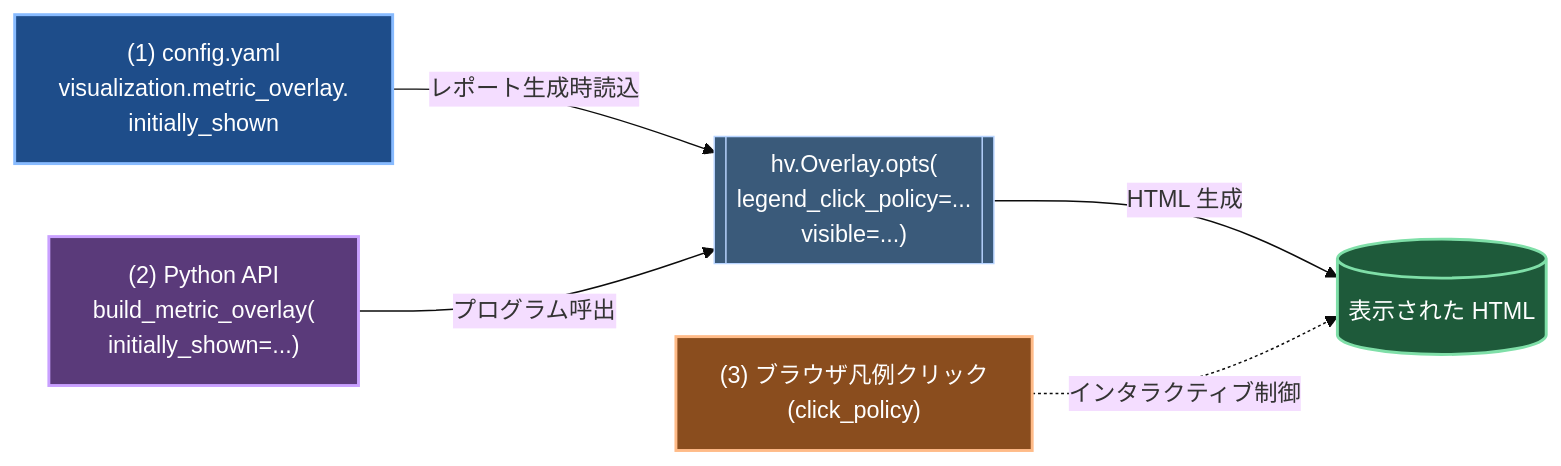
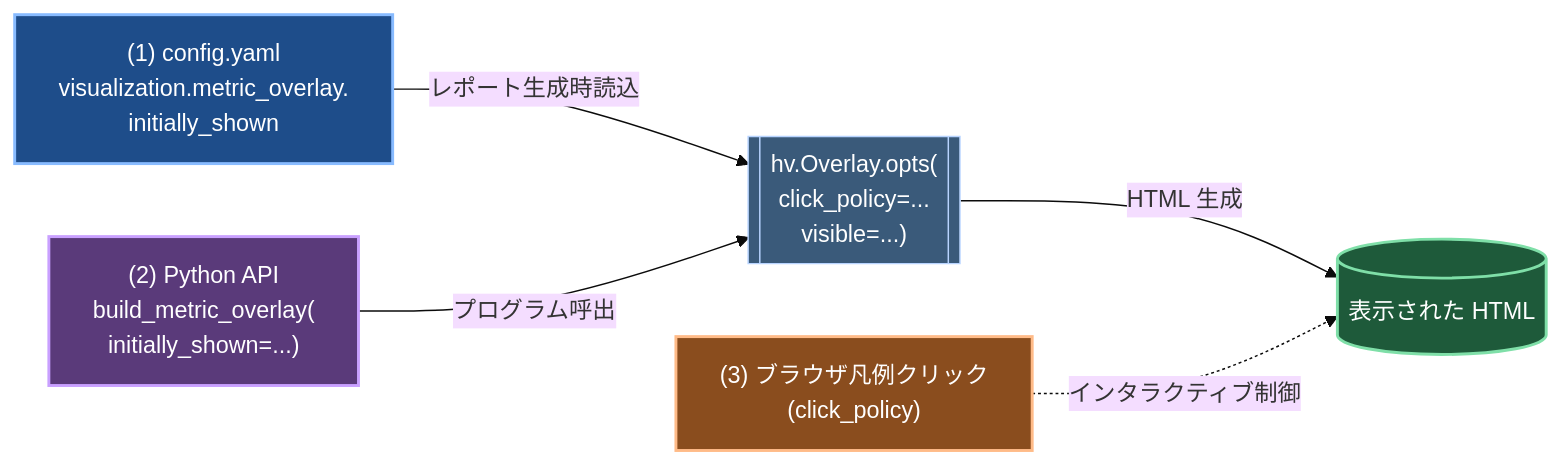
One commit to bottmk/visualization changed the third of 4 diagrams in docs/metric_bsdf_relation.md. Above: the diagram before and after it, drawn with Mermaid (base theme). The commit also changed other lines of this file and 3 other files, not shown here.

````diff
--- a/docs/metric_bsdf_relation.md
+++ b/docs/metric_bsdf_relation.md
@@ -231,24 +231,24 @@
 ```mermaid
 flowchart LR
     C1["(1) config.yaml<br/>visualization.metric_overlay.<br/>initially_shown"]
     C2["(2) Python API<br/>build_metric_overlay(<br/>initially_shown=...)"]
-    OVL[["hv.Overlay.opts(<br/>legend_click_policy=...<br/>visible=...)"]]
+    OVL[["hv.Overlay.opts(<br/>click_policy=...<br/>visible=...)"]]
     HTML[("表示された HTML")]
     C3["(3) ブラウザ凡例クリック<br/>(click_policy)"]
 
     C1 -->|レポート生成時読込| OVL
     C2 -->|プログラム呼出| OVL
     OVL -->|HTML 生成| HTML
     C3 -.->|インタラクティブ制御| HTML
 
     classDef persistent fill:#1e4d8a,stroke:#88bbff,stroke-width:2px,color:#ffffff;
     classDef api fill:#5a3a7a,stroke:#c9a0ff,stroke-width:2px,color:#ffffff;
     classDef runtime fill:#8a4d1e,stroke:#ffbb88,stroke-width:2px,color:#ffffff;
     classDef internal fill:#3a5a7a,stroke:#b8d4ff,stroke-width:1px,color:#ffffff;
     classDef browser fill:#1e5a3a,stroke:#7fdfa8,stroke-width:2px,color:#ffffff;
     class C1 persistent;
     class C2 api;
     class C3 runtime;
     class OVL internal;
     class HTML browser;
 ```
````
